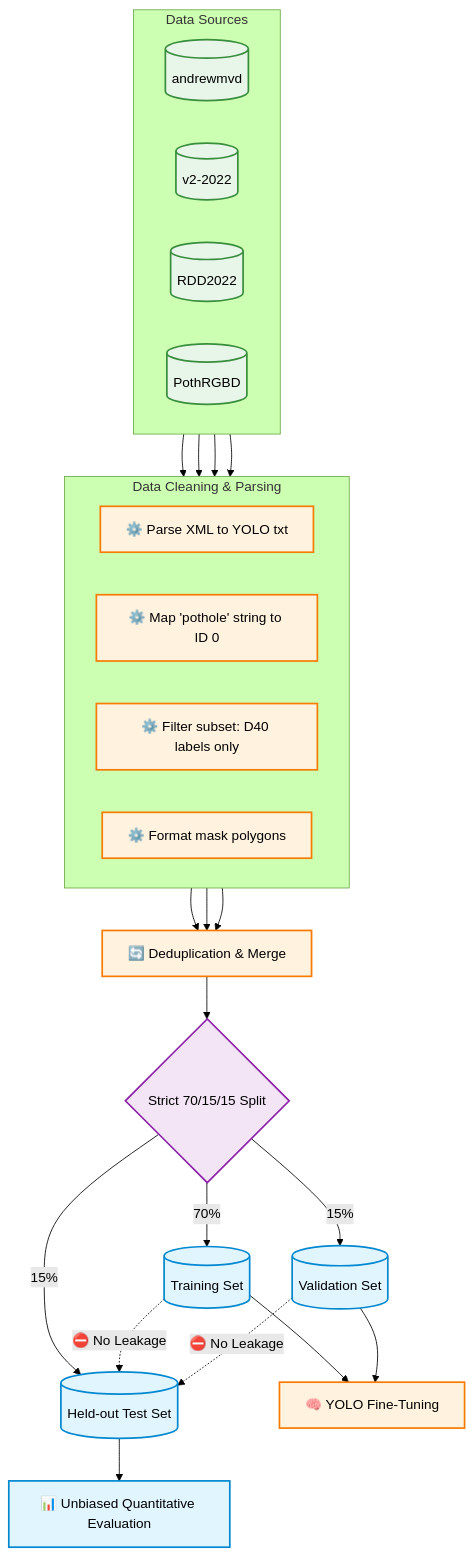
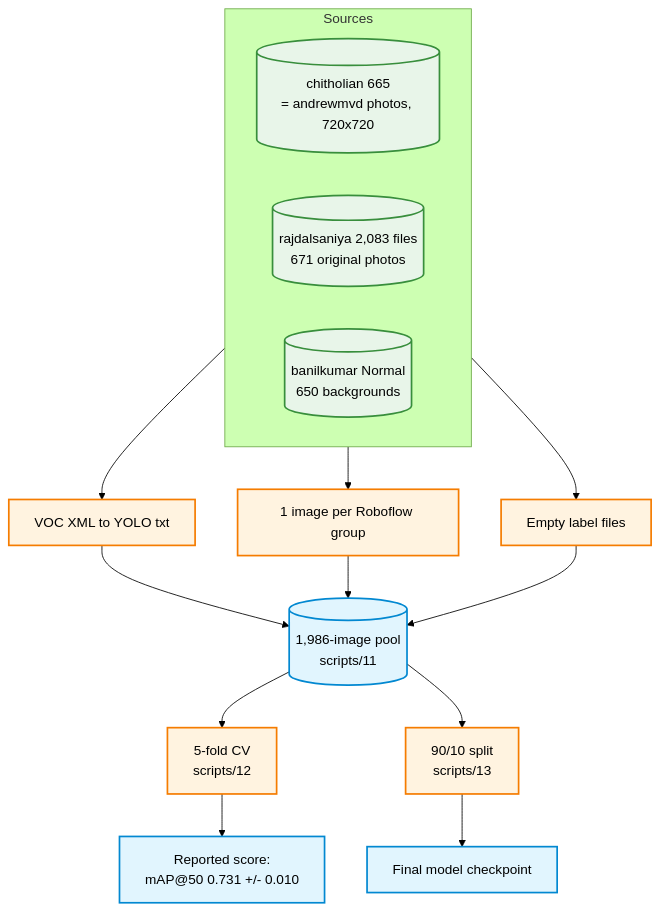
The diagram in docs/assets/diagrams/04_data_flow_and_split.mmd (mohanreddythippireddy14-cell/Pothole_detection), drawn with Mermaid (forest theme) before and after one commit. The commit also changed 22 other files, not shown here.

```diff
--- a/docs/assets/diagrams/04_data_flow_and_split.mmd
+++ b/docs/assets/diagrams/04_data_flow_and_split.mmd
@@ -1,39 +1,24 @@
 flowchart TD
-    %% Styling
     classDef ds fill:#e8f5e9,stroke:#388e3c,stroke-width:2px;
     classDef script fill:#fff3e0,stroke:#f57c00,stroke-width:2px;
-    classDef split fill:#f3e5f5,stroke:#8e24aa,stroke-width:2px;
     classDef result fill:#e1f5fe,stroke:#0288d1,stroke-width:2px;
 
-    subgraph Data Sources
+    subgraph Sources
         direction LR
-        DS1[(andrewmvd)]:::ds
-        DS2[(v2-2022)]:::ds
-        DS3[(RDD2022)]:::ds
-        DS4[(PothRGBD)]:::ds
+        DS1[(chitholian 665<br/>= andrewmvd photos, 720x720)]:::ds
+        DS2[(rajdalsaniya 2,083 files<br/>671 original photos)]:::ds
+        DS3[(banilkumar Normal<br/>650 backgrounds)]:::ds
     end
 
-    subgraph Data Cleaning & Parsing
-        direction LR
-        DS1 --> CP[⚙️ Parse XML to YOLO txt]:::script
-        DS2 --> CP2[⚙️ Map 'pothole' string to ID 0]:::script
-        DS3 --> CP3[⚙️ Filter subset: D40 labels only]:::script
-        DS4 --> CP4[⚙️ Format mask polygons]:::script
-    end
+    DS1 --> P1[VOC XML to YOLO txt]:::script
+    DS2 --> P2[1 image per Roboflow group]:::script
+    DS3 --> P3[Empty label files]:::script
 
-    CP --> MERGE[🔄 Deduplication & Merge]:::script
-    CP2 --> MERGE
-    CP3 --> MERGE
-    
-    MERGE --> SPLIT{Strict 70/15/15 Split}:::split
-    
-    SPLIT -->|70%| TRAIN[(Training Set)]:::result
-    SPLIT -->|15%| VAL[(Validation Set)]:::result
-    SPLIT -->|15%| TEST[(Held-out Test Set)]:::result
-    
-    TRAIN -.->|⛔ No Leakage| TEST
-    VAL -.->|⛔ No Leakage| TEST
-    
-    TRAIN --> MODEL[🧠 YOLO Fine-Tuning]:::script
-    VAL --> MODEL
-    TEST --> EVAL[📊 Unbiased Quantitative Evaluation]:::result
+    P1 --> POOL[(1,986-image pool<br/>scripts/11)]:::result
+    P2 --> POOL
+    P3 --> POOL
+
+    POOL --> KF[5-fold CV<br/>scripts/12]:::script
+    KF --> M[Reported score:<br/>mAP@50 0.731 +/- 0.010]:::result
+    POOL --> FS[90/10 split<br/>scripts/13]:::script
+    FS --> FM[Final model checkpoint]:::result
```
